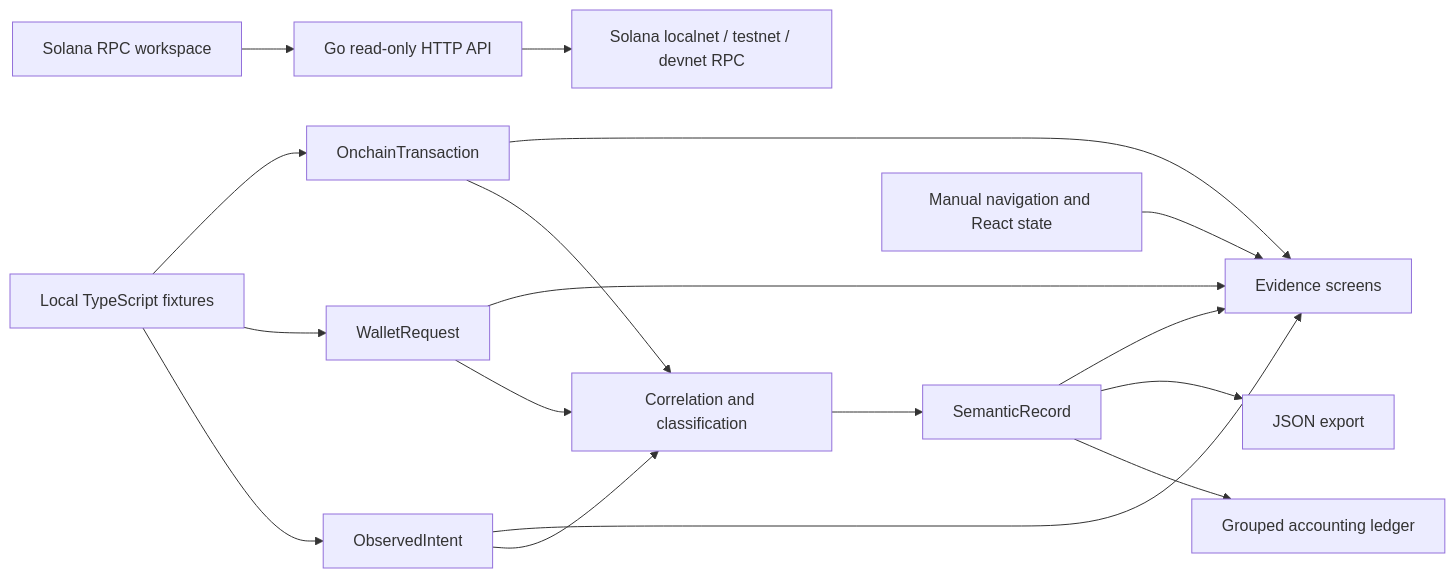
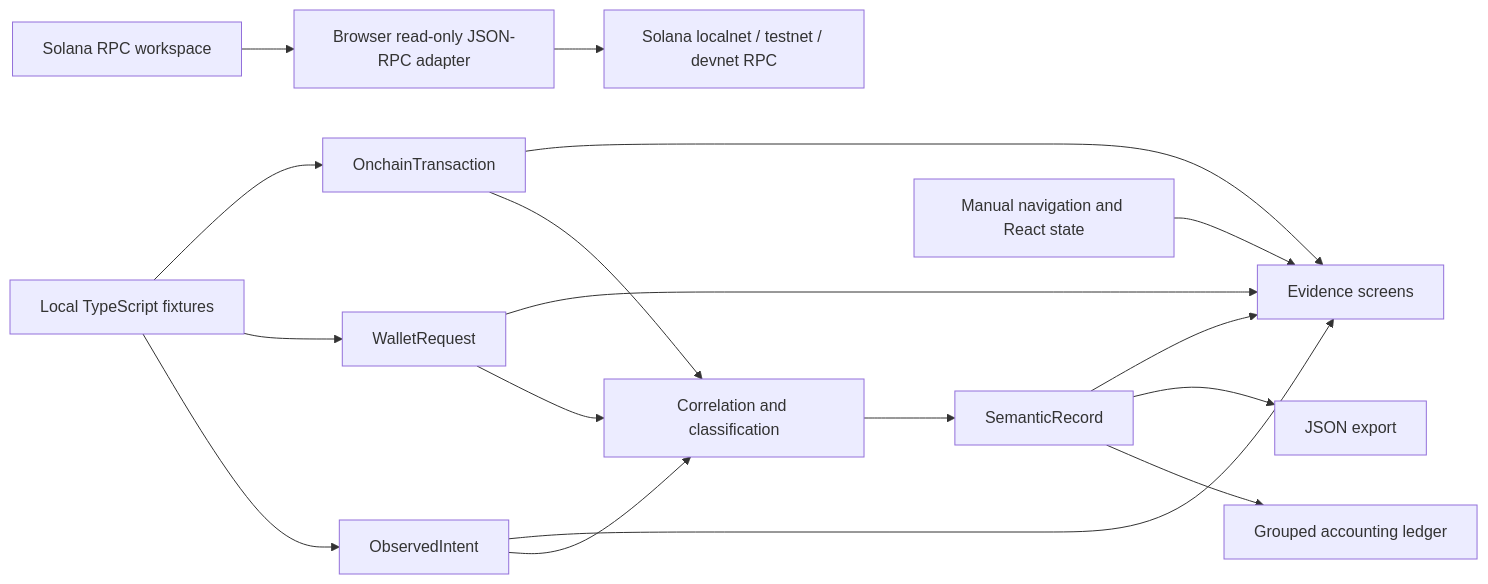
One commit to tomsyoya/intentledger changed the diagram in README.md. Above: the diagram before and after it, drawn with Mermaid. The commit also changed other lines of this file and 23 other files, not shown here.

Commit message:
feat: replace Go backend with browser-only Solana RPC

````diff
--- a/README.md
+++ b/README.md
@@ -119,19 +147,19 @@
 ```mermaid
 flowchart LR
   F[Local TypeScript fixtures] --> I[ObservedIntent]
   F --> W[WalletRequest]
   F --> T[OnchainTransaction]
   I --> C[Correlation and classification]
   W --> C
   T --> C
   C --> R[SemanticRecord]
   R --> A[Grouped accounting ledger]
   R --> J[JSON export]
   N[Manual navigation and React state] --> U[Evidence screens]
-  L[Solana RPC workspace] --> G[Go read-only HTTP API]
-  G --> S[Solana localnet / testnet / devnet RPC]
+  L[Solana RPC workspace] --> B[Browser read-only JSON-RPC adapter]
+  B --> S[Solana localnet / testnet / devnet RPC]
   I --> U
   W --> U
   T --> U
   R --> U
 ```
````
